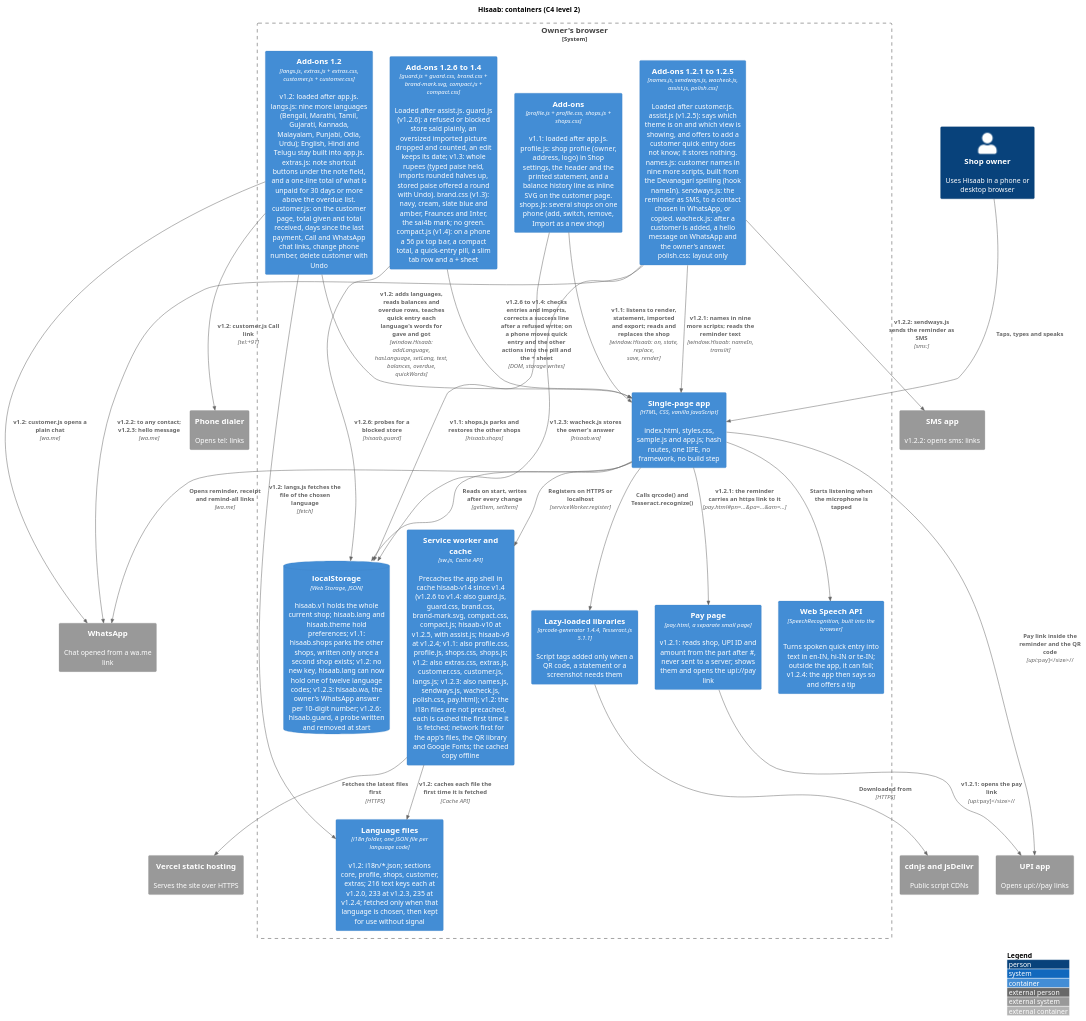
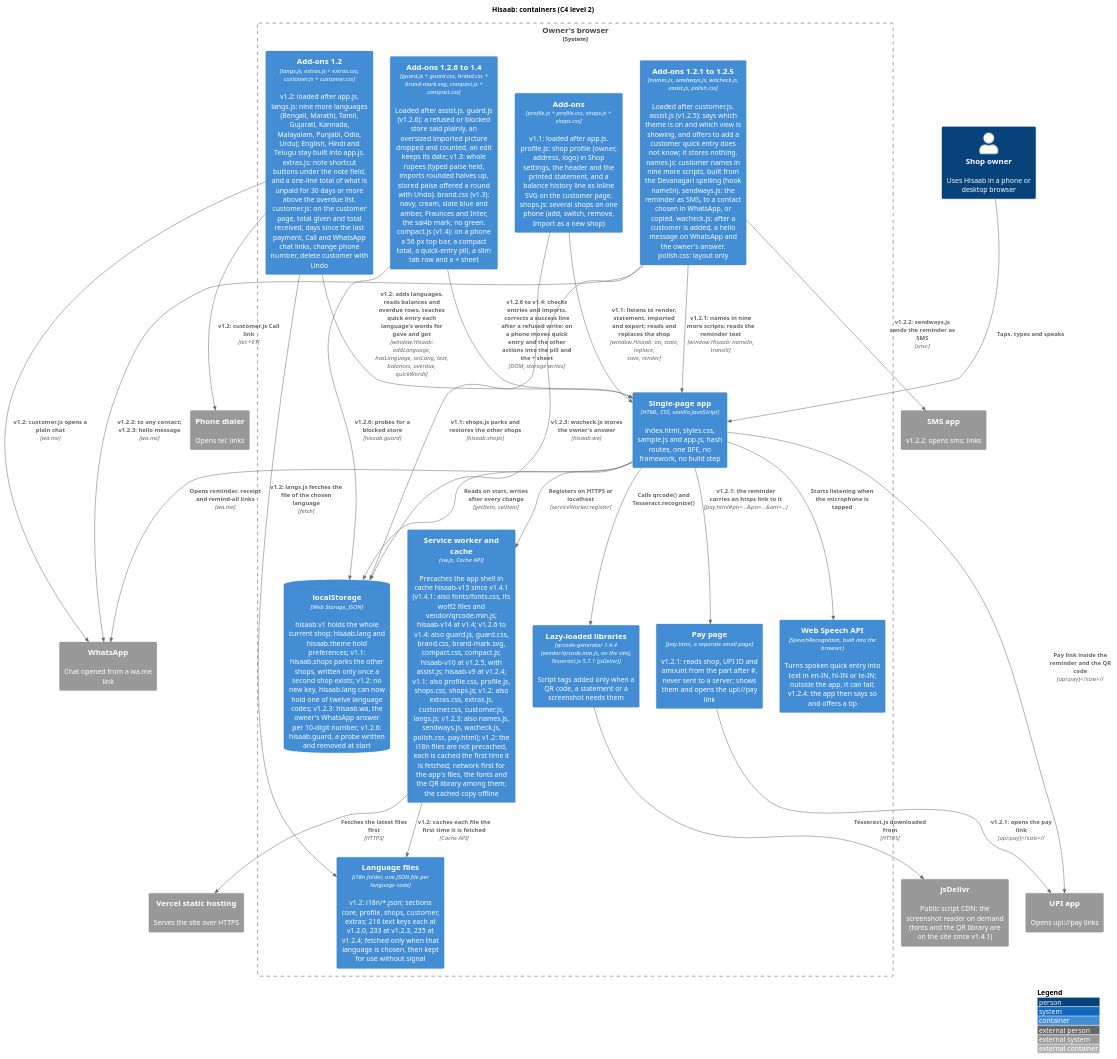
One commit to karwasanjay007/hisaab-docs changed the diagram in docs/diagrams/c4-container.puml. Above: the diagram before and after it, drawn with PlantUML. The commit also changed 21 other files, not shown here.

Commit message:
Version 1.4.1.0: documents brought up to the live version (+ sheet in twelve languages, fonts and QR from the site, ledger unit tests); evidence

```diff
--- a/docs/diagrams/c4-container.puml
+++ b/docs/diagrams/c4-container.puml
@@ -1,53 +1,53 @@
 @startuml c4-container
 !include <C4/C4_Container>
 title Hisaab: containers (C4 level 2)
 
 Person(owner, "Shop owner", "Uses Hisaab in a phone or desktop browser")
 System_Ext(whatsapp, "WhatsApp", "Chat opened from a wa.me link")
 System_Ext(upi, "UPI app", "Opens upi://pay links")
 System_Ext(dialer, "Phone dialer", "Opens tel: links")
 System_Ext(sms, "SMS app", "v1.2.2: opens sms: links")
-System_Ext(cdn, "cdnjs and jsDelivr", "Public script CDNs")
+System_Ext(cdn, "jsDelivr", "Public script CDN: the screenshot reader on demand (fonts and the QR library are on the site since v1.4.1)")
 System_Ext(vercel, "Vercel static hosting", "Serves the site over HTTPS")
 
 System_Boundary(browser, "Owner's browser") {
   Container(spa, "Single-page app", "HTML, CSS, vanilla JavaScript", "index.html, styles.css, sample.js and app.js; hash routes, one IIFE, no framework, no build step")
   Container(addons, "Add-ons", "profile.js + profile.css, shops.js + shops.css", "v1.1: loaded after app.js. profile.js: shop profile (owner, address, logo) in Shop settings, the header and the printed statement, and a balance history line as inline SVG on the customer page. shops.js: several shops on one phone (add, switch, remove, Import as a new shop)")
   ContainerDb(ls, "localStorage", "Web Storage, JSON", "hisaab.v1 holds the whole current shop; hisaab.lang and hisaab.theme hold preferences; v1.1: hisaab.shops parks the other shops, written only once a second shop exists; v1.2: no new key, hisaab.lang can now hold one of twelve language codes; v1.2.3: hisaab.wa, the owner's WhatsApp answer per 10-digit number; v1.2.6: hisaab.guard, a probe written and removed at start")
-  Container(sw, "Service worker and cache", "sw.js, Cache API", "Precaches the app shell in cache hisaab-v14 since v1.4 (v1.2.6 to v1.4: also guard.js, guard.css, brand.css, brand-mark.svg, compact.css, compact.js; hisaab-v10 at v1.2.5, with assist.js; hisaab-v9 at v1.2.4; v1.1: also profile.css, profile.js, shops.css, shops.js; v1.2: also extras.css, extras.js, customer.css, customer.js, langs.js; v1.2.3: also names.js, sendways.js, wacheck.js, polish.css, pay.html); v1.2: the i18n files are not precached, each is cached the first time it is fetched; network first for the app's files, the QR library and Google Fonts; the cached copy offline")
+  Container(sw, "Service worker and cache", "sw.js, Cache API", "Precaches the app shell in cache hisaab-v15 since v1.4.1 (v1.4.1: also fonts/fonts.css, its woff2 files and vendor/qrcode.min.js; hisaab-v14 at v1.4; v1.2.6 to v1.4: also guard.js, guard.css, brand.css, brand-mark.svg, compact.css, compact.js; hisaab-v10 at v1.2.5, with assist.js; hisaab-v9 at v1.2.4; v1.1: also profile.css, profile.js, shops.css, shops.js; v1.2: also extras.css, extras.js, customer.css, customer.js, langs.js; v1.2.3: also names.js, sendways.js, wacheck.js, polish.css, pay.html); v1.2: the i18n files are not precached, each is cached the first time it is fetched; network first for the app's files, the fonts and the QR library among them; the cached copy offline")
   Container(addons12, "Add-ons 1.2", "langs.js, extras.js + extras.css, customer.js + customer.css", "v1.2: loaded after app.js. langs.js: nine more languages (Bengali, Marathi, Tamil, Gujarati, Kannada, Malayalam, Punjabi, Odia, Urdu); English, Hindi and Telugu stay built into app.js. extras.js: note shortcut buttons under the note field, and a one-line total of what is unpaid for 30 days or more above the overdue list. customer.js: on the customer page, total given and total received, days since the last payment, Call and WhatsApp chat links, change phone number, delete customer with Undo")
   Container(i18nfiles, "Language files", "i18n folder, one JSON file per language code", "v1.2: i18n/*.json; sections core, profile, shops, customer, extras; 216 text keys each at v1.2.0, 233 at v1.2.3, 235 at v1.2.4; fetched only when that language is chosen, then kept for use without signal")
   Container(addons123, "Add-ons 1.2.1 to 1.2.5", "names.js, sendways.js, wacheck.js, assist.js, polish.css", "Loaded after customer.js. assist.js (v1.2.5): says which theme is on and which view is showing, and offers to add a customer quick entry does not know; it stores nothing. names.js: customer names in nine more scripts, built from the Devanagari spelling (hook nameIn). sendways.js: the reminder as SMS, to a contact chosen in WhatsApp, or copied. wacheck.js: after a customer is added, a hello message on WhatsApp and the owner's answer. polish.css: layout only")
   Container(addons14, "Add-ons 1.2.6 to 1.4", "guard.js + guard.css, brand.css + brand-mark.svg, compact.js + compact.css", "Loaded after assist.js. guard.js (v1.2.6): a refused or blocked store said plainly, an oversized imported picture dropped and counted, an edit keeps its date; v1.3: whole rupees (typed paise held, imports rounded halves up, stored paise offered a round with Undo). brand.css (v1.3): navy, cream, slate blue and amber, Fraunces and Inter, the sai4b mark; no green. compact.js (v1.4): on a phone a 56 px top bar, a compact total, a quick-entry pill, a slim tab row and a + sheet")
   Container(paypage, "Pay page", "pay.html, a separate small page", "v1.2.1: reads shop, UPI ID and amount from the part after #, never sent to a server; shows them and opens the upi://pay link")
-  Container(libs, "Lazy-loaded libraries", "qrcode-generator 1.4.4, Tesseract.js 5.1.1", "Script tags added only when a QR code, a statement or a screenshot needs them")
+  Container(libs, "Lazy-loaded libraries", "qrcode-generator 1.4.4 (vendor/qrcode.min.js, on the site), Tesseract.js 5.1.1 (jsDelivr)", "Script tags added only when a QR code, a statement or a screenshot needs them")
   Container(speech, "Web Speech API", "SpeechRecognition, built into the browser", "Turns spoken quick entry into text in en-IN, hi-IN or te-IN; outside the app, it can fail; v1.2.4: the app then says so and offers a tip")
 }
 
 Rel(owner, spa, "Taps, types and speaks")
 Rel(spa, ls, "Reads on start, writes after every change", "getItem, setItem")
 Rel(addons, spa, "v1.1: listens to render, statement, imported and export; reads and replaces the shop", "window.Hisaab: on, state, replace, save, render")
 Rel(addons, ls, "v1.1: shops.js parks and restores the other shops", "hisaab.shops")
 Rel(addons12, spa, "v1.2: adds languages, reads balances and overdue rows, teaches quick entry each language's words for gave and got", "window.Hisaab: addLanguage, hasLanguage, setLang, text, balances, overdue, quickWords")
 Rel(addons12, i18nfiles, "v1.2: langs.js fetches the file of the chosen language", "fetch")
 Rel(sw, i18nfiles, "v1.2: caches each file the first time it is fetched", "Cache API")
 Rel(spa, sw, "Registers on HTTPS or localhost", "serviceWorker.register")
 Rel(sw, vercel, "Fetches the latest files first", "HTTPS")
 Rel(spa, libs, "Calls qrcode() and Tesseract.recognize()")
-Rel(libs, cdn, "Downloaded from", "HTTPS")
+Rel(libs, cdn, "Tesseract.js downloaded from", "HTTPS")
 Rel(spa, speech, "Starts listening when the microphone is tapped")
 Rel(spa, whatsapp, "Opens reminder, receipt and remind-all links", "wa.me")
 Rel(spa, upi, "Pay link inside the reminder and the QR code", "upi://pay")
 Rel(addons12, whatsapp, "v1.2: customer.js opens a plain chat", "wa.me")
 Rel(addons12, dialer, "v1.2: customer.js Call link", "tel:+91")
 Rel(addons123, spa, "v1.2.1: names in nine more scripts; reads the reminder text", "window.Hisaab: nameIn, translit")
 Rel(addons123, ls, "v1.2.3: wacheck.js stores the owner's answer", "hisaab.wa")
 Rel(addons123, sms, "v1.2.2: sendways.js sends the reminder as SMS", "sms:")
 Rel(addons123, whatsapp, "v1.2.2: to any contact; v1.2.3: hello message", "wa.me")
 Rel(spa, paypage, "v1.2.1: the reminder carries an https link to it", "pay.html#pn=...&pa=...&am=...")
 Rel(paypage, upi, "v1.2.1: opens the pay link", "upi://pay")
 Rel(addons14, spa, "v1.2.6 to v1.4: checks entries and imports, corrects a success line after a refused write; on a phone moves quick entry and the other actions into the pill and the + sheet", "DOM, storage writes")
 Rel(addons14, ls, "v1.2.6: probes for a blocked store", "hisaab.guard")
 
 LAYOUT_WITH_LEGEND()
 @enduml
```
